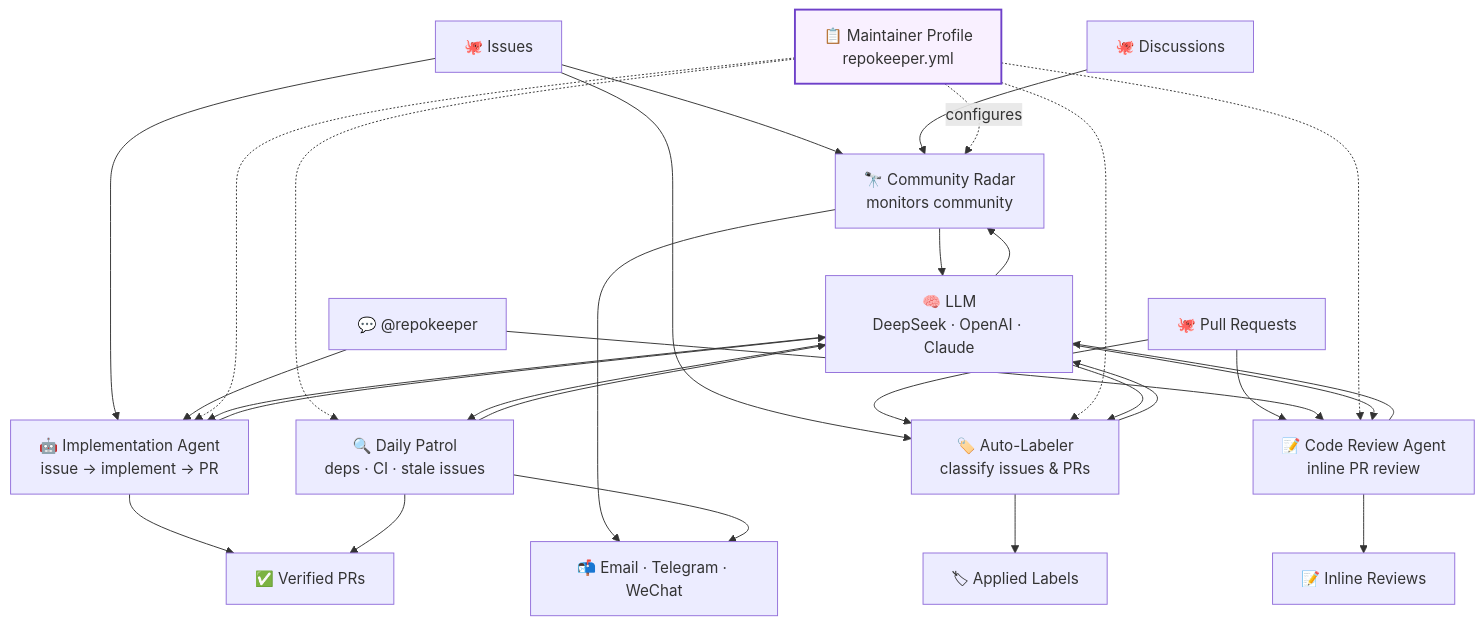
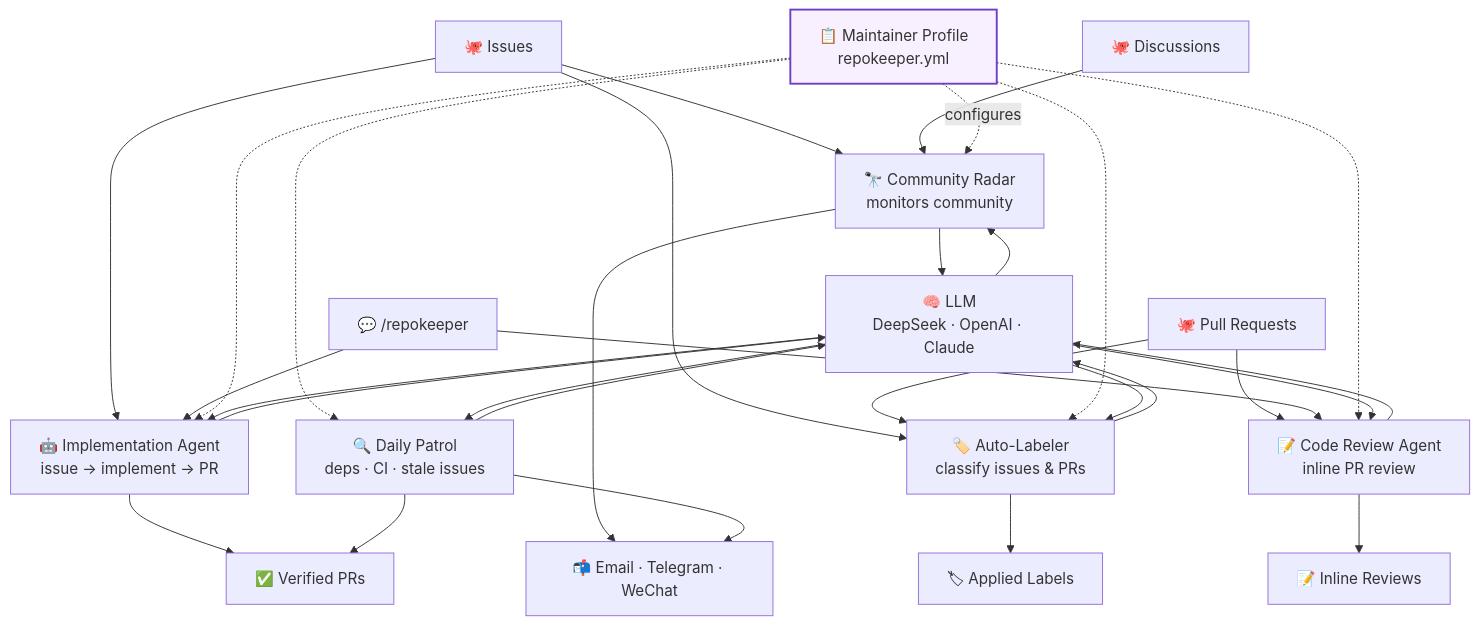
Before and after one commit to shenxianpeng/repokeeper: the diagram in README.md, drawn with Mermaid. The commit also changed other lines of this file and 19 other files, not shown here.

````diff
--- a/README.md
+++ b/README.md
@@ -55,43 +55,43 @@
 ```mermaid
 flowchart TD
     issues["🐙 Issues"]
     prs["🐙 Pull Requests"]
     disc["🐙 Discussions"]
-    comments["💬 @repokeeper"]
+    comments["💬 /repokeeper"]
 
     profile["📋 Maintainer Profile<br/>repokeeper.yml"]:::config
 
     radar["🔭 Community Radar<br/>monitors community"]
     patrol["🔍 Daily Patrol<br/>deps · CI · stale issues"]
     agent["🤖 Implementation Agent<br/>issue → implement → PR"]
     labeler["🏷️ Auto-Labeler<br/>classify issues & PRs"]
     reviewer["📝 Code Review Agent<br/>inline PR review"]
 
     llm["🧠 LLM<br/>DeepSeek · OpenAI · Claude"]
 
     newpr["✅ Verified PRs"]
     review["📝 Inline Reviews"]
     applied["🏷 Applied Labels"]
     notify["📬 Email · Telegram · WeChat"]
 
     issues --> radar & agent & labeler
     prs --> reviewer & labeler
     disc --> radar
     comments --> agent & reviewer
 
     profile -. "configures" .-> radar
     profile -.-> patrol
     profile -.-> agent
     profile -.-> labeler
     profile -.-> reviewer
 
     radar & patrol & agent & labeler & reviewer --> llm
     llm --> radar & patrol & agent & labeler & reviewer
 
     agent & patrol --> newpr
     reviewer --> review
     labeler --> applied
     radar & patrol --> notify
 
     classDef config fill:#f9f0ff,stroke:#6e40c9,stroke-width:2px
 ```
````
